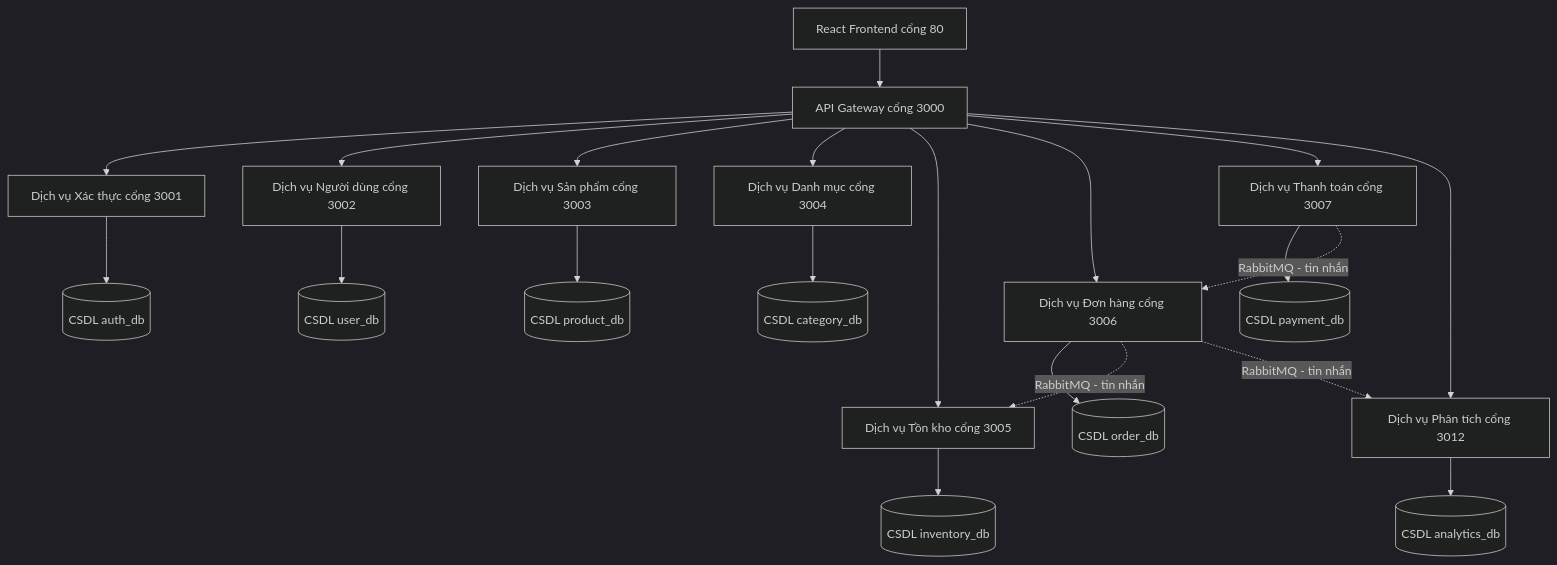
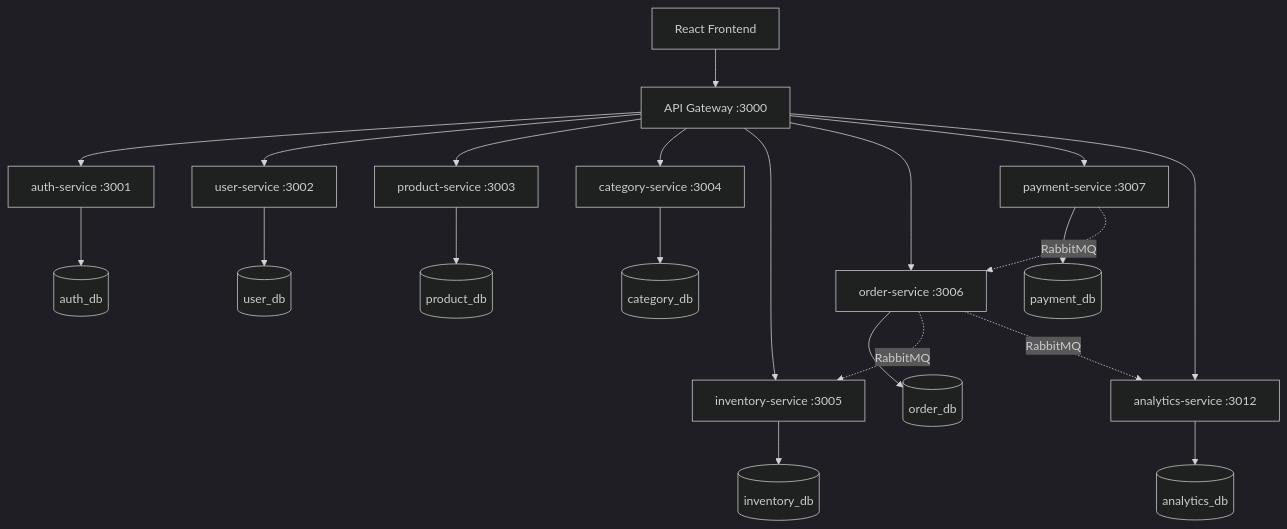
Before and after one commit to ngphong01/SOA-Coffee: the diagram in README.md, drawn with Mermaid (dark theme). The commit also changed other lines of this file, not shown here.

````diff
--- a/README.md
+++ b/README.md
@@ -19,26 +11,25 @@
 ```mermaid
 graph TB
-    Client[React Frontend cổng 80] --> GW[API Gateway cổng 3000]
+    Client[React Frontend] --> GW[API Gateway :3000]
+    GW --> Auth[auth-service :3001]
+    GW --> User[user-service :3002]
+    GW --> Product[product-service :3003]
+    GW --> Category[category-service :3004]
+    GW --> Inventory[inventory-service :3005]
+    GW --> Order[order-service :3006]
+    GW --> Payment[payment-service :3007]
+    GW --> Analytics[analytics-service :3012]
 
-    GW --> Auth[Dịch vụ Xác thực cổng 3001]
-    GW --> User[Dịch vụ Người dùng cổng 3002]
-    GW --> Product[Dịch vụ Sản phẩm cổng 3003]
-    GW --> Category[Dịch vụ Danh mục cổng 3004]
-    GW --> Inventory[Dịch vụ Tồn kho cổng 3005]
-    GW --> Order[Dịch vụ Đơn hàng cổng 3006]
-    GW --> Payment[Dịch vụ Thanh toán cổng 3007]
-    GW --> Analytics[Dịch vụ Phân tích cổng 3012]
+    Auth --> DB1[(auth_db)]
+    User --> DB2[(user_db)]
+    Product --> DB3[(product_db)]
+    Category --> DB4[(category_db)]
+    Inventory --> DB5[(inventory_db)]
+    Order --> DB6[(order_db)]
+    Payment --> DB7[(payment_db)]
+    Analytics --> DB8[(analytics_db)]
 
-    Auth --> DB1[(CSDL auth_db)]
-    User --> DB2[(CSDL user_db)]
-    Product --> DB3[(CSDL product_db)]
-    Category --> DB4[(CSDL category_db)]
-    Inventory --> DB5[(CSDL inventory_db)]
-    Order --> DB6[(CSDL order_db)]
-    Payment --> DB7[(CSDL payment_db)]
-    Analytics --> DB8[(CSDL analytics_db)]
-
-    Order -.->|RabbitMQ - tin nhắn| Inventory
-    Payment -.->|RabbitMQ - tin nhắn| Order
-    Order -.->|RabbitMQ - tin nhắn| Analytics
+    Order -.->|RabbitMQ| Inventory
+    Payment -.->|RabbitMQ| Order
+    Order -.->|RabbitMQ| Analytics
 ```
````
